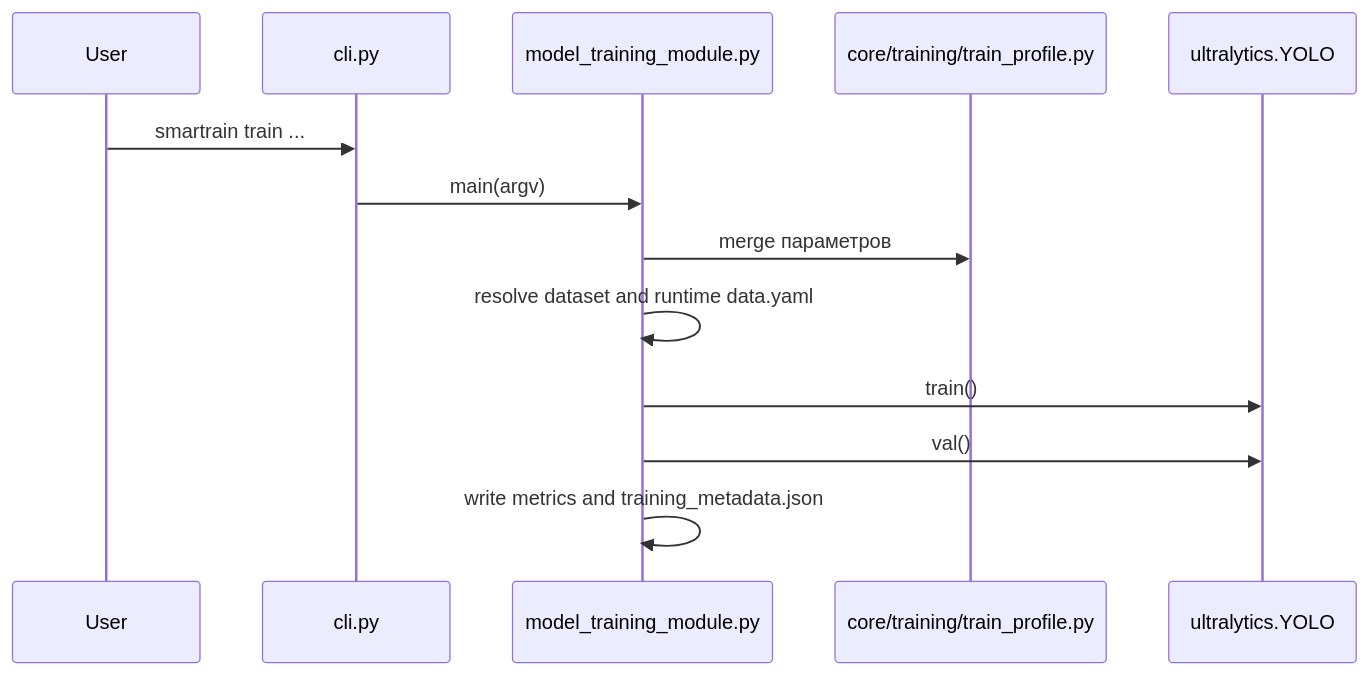
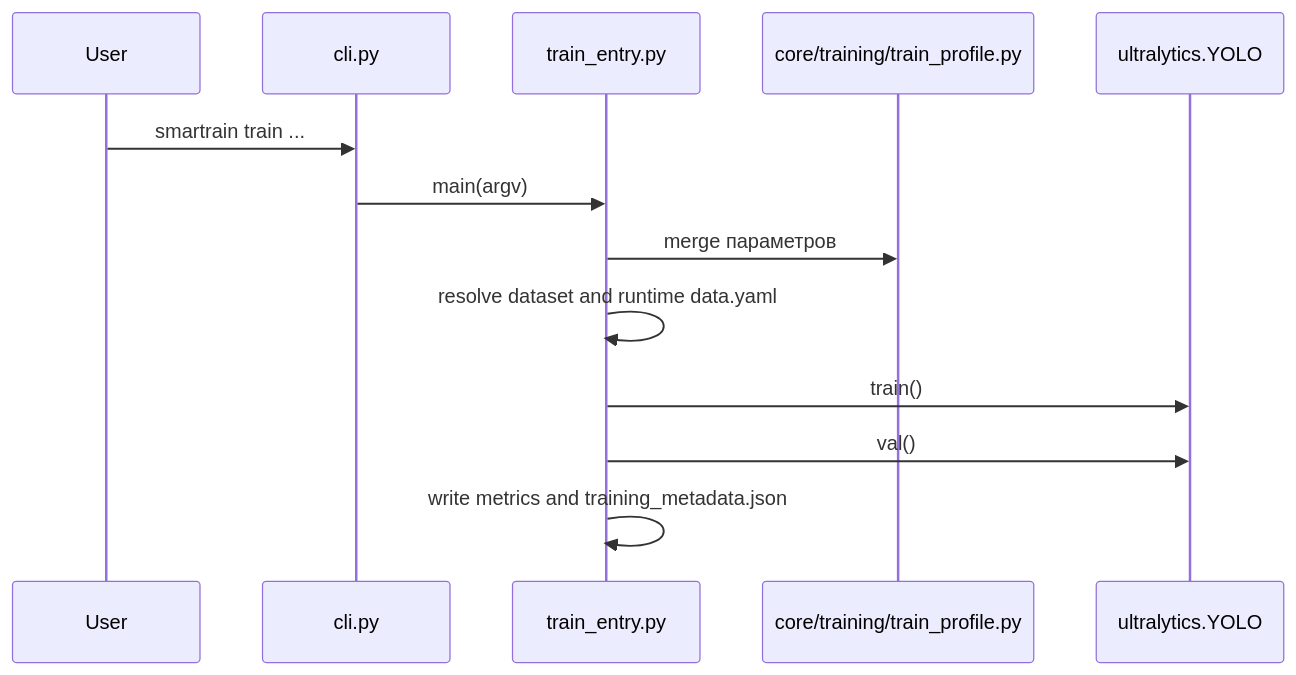
The second of 6 diagrams in docs/ru/development/architecture.md (aicommunity/SmarTrain), drawn with Mermaid before and after one commit. The commit also changed other lines of this file and 35 other files, not shown here.

First line of the commit message:
refactor(training): remove model_training_module (LB-D8)

````diff
--- a/docs/ru/development/architecture.md
+++ b/docs/ru/development/architecture.md
@@ -64,15 +64,15 @@
 ```mermaid
 sequenceDiagram
   participant User
   participant CLI as cli.py
-  participant Train as model_training_module.py
+  participant Train as train_entry.py
   participant Profile as core/training/train_profile.py
   participant YOLO as ultralytics.YOLO
   User->>CLI: smartrain train ...
   CLI->>Train: main(argv)
   Train->>Profile: merge параметров
   Train->>Train: resolve dataset and runtime data.yaml
   Train->>YOLO: train()
   Train->>YOLO: val()
   Train->>Train: write metrics and training_metadata.json
 ```
````
